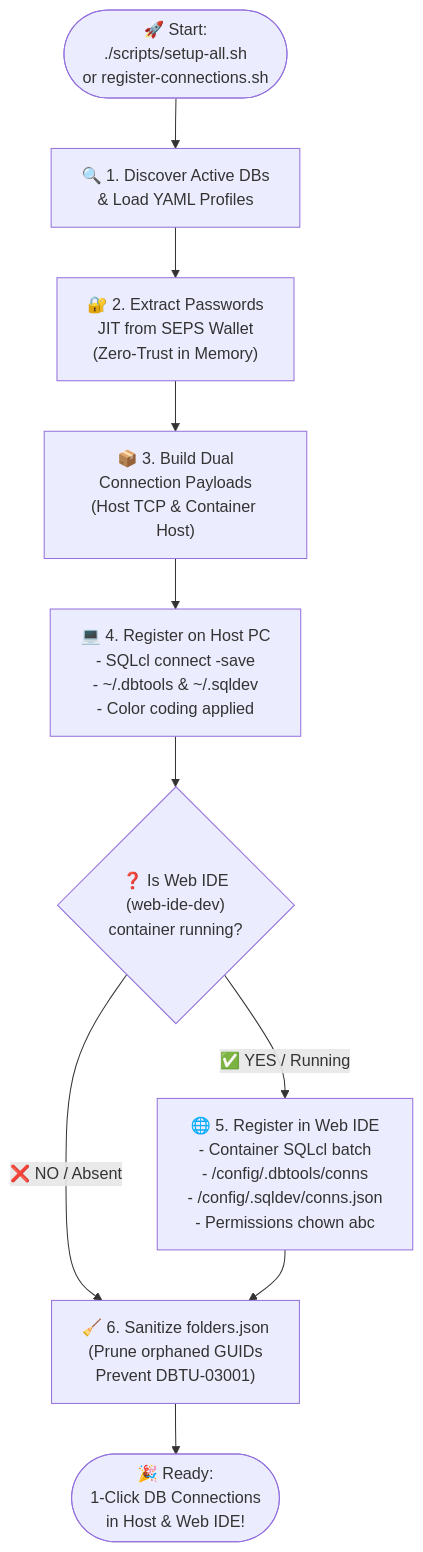
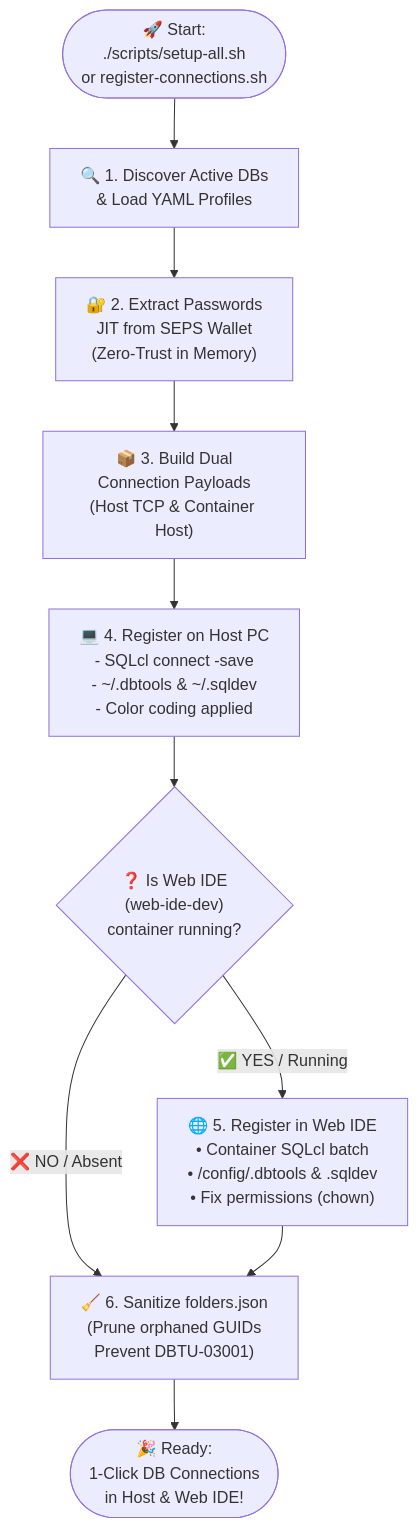
One commit to alahe/oracle-devops-platform changed the diagram in connections/README.md. Above: the diagram before and after it, drawn with Mermaid. The commit also changed 412 other files, not shown here.

````diff
--- a/connections/README.md
+++ b/connections/README.md
@@ -15,20 +15,20 @@
 ```mermaid
 flowchart TD
   START(["🚀 Start:<br/>./scripts/setup-all.sh<br/>or register-connections.sh"]) --> DISCOVER["🔍 1. Discover Active DBs<br/>& Load YAML Profiles"]
   
   DISCOVER --> WALLET["🔐 2. Extract Passwords<br/>JIT from SEPS Wallet<br/>(Zero-Trust in Memory)"]
   
   WALLET --> BUILD_CONNS["📦 3. Build Dual<br/>Connection Payloads<br/>(Host TCP & Container Host)"]
   
   BUILD_CONNS --> HOST_REG["💻 4. Register on Host PC<br/>- SQLcl connect -save<br/>- ~/.dbtools & ~/.sqldev<br/>- Color coding applied"]
   
   HOST_REG --> CHECK_WEBIDE{"❓ Is Web IDE<br/>(web-ide-dev)<br/>container running?"}
   
-  CHECK_WEBIDE -->|"✅ YES / Running"| WEBIDE_REG["🌐 5. Register in Web IDE<br/>- Container SQLcl batch<br/>- /config/.dbtools/conns<br/>- /config/.sqldev/conns.json<br/>- Permissions chown abc"]
+  CHECK_WEBIDE -->|"✅ YES / Running"| WEBIDE_REG["🌐 5. Register in Web IDE<br/>• Container SQLcl batch<br/>• /config/.dbtools & .sqldev<br/>• Fix permissions (chown)"]
   
   CHECK_WEBIDE -->|"❌ NO / Absent"| SANITIZE["🧹 6. Sanitize folders.json<br/>(Prune orphaned GUIDs<br/>Prevent DBTU-03001)"]
   
   WEBIDE_REG --> SANITIZE
   
   SANITIZE --> READY(["🎉 Ready:<br/>1-Click DB Connections<br/>in Host & Web IDE!"])
 ```
````
